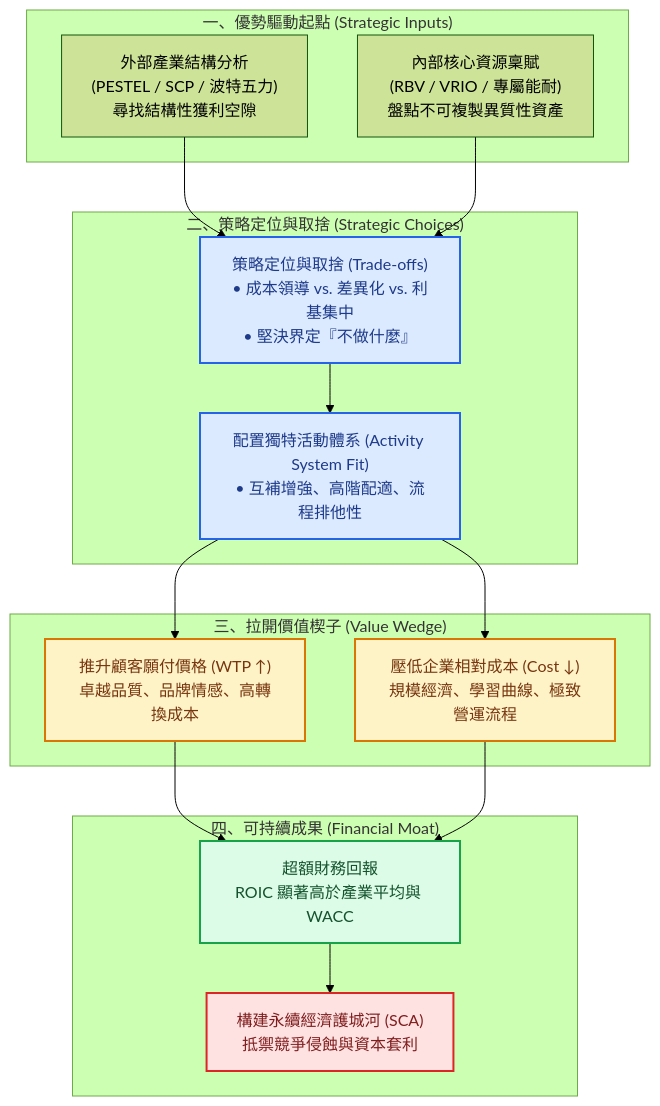
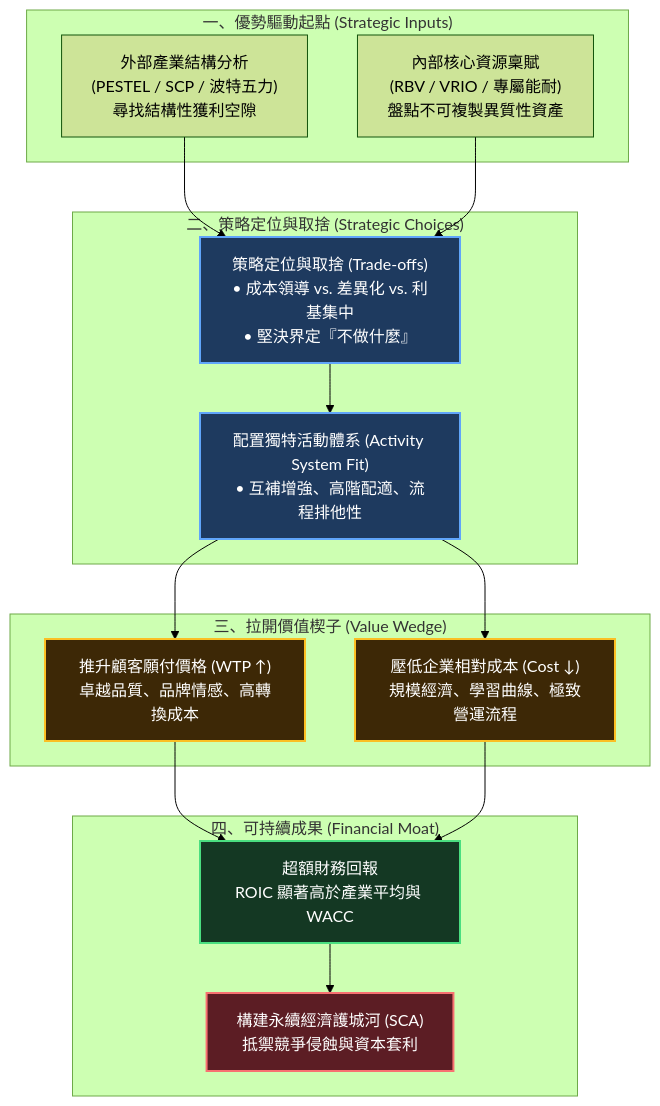
The second of 8 diagrams in src/site/notes/98_商業概念庫/competitive-advantage_競爭優勢.md (Jimlin0428/my-digital-garden), drawn with Mermaid (forest theme) before and after one commit. The commit also changed other lines of this file and 58 other files, not shown here.

````diff
--- a/src/site/notes/98_商業概念庫/competitive-advantage_競爭優勢.md
+++ b/src/site/notes/98_商業概念庫/competitive-advantage_競爭優勢.md
@@ -62,38 +62,38 @@
 ```mermaid
 flowchart TD
     subgraph Drivers ["一、優勢驅動起點 (Strategic Inputs)"]
         Ext["外部產業結構分析<br>(PESTEL / SCP / 波特五力)<br>尋找結構性獲利空隙"]
         Int["內部核心資源稟賦<br>(RBV / VRIO / 專屬能耐)<br>盤點不可複製異質性資產"]
     end
 
     subgraph Positioning ["二、策略定位與取捨 (Strategic Choices)"]
         Choice["策略定位與取捨 (Trade-offs)<br>• 成本領導 vs. 差異化 vs. 利基集中<br>• 堅決界定『不做什麼』"]
         Activity["配置獨特活動體系 (Activity System Fit)<br>• 互補增強、高階配適、流程排他性"]
     end
 
     subgraph Wedge ["三、拉開價值楔子 (Value Wedge)"]
         WTP["推升顧客願付價格 (WTP ↑)<br>卓越品質、品牌情感、高轉換成本"]
         Cost["壓低企業相對成本 (Cost ↓)<br>規模經濟、學習曲線、極致營運流程"]
     end
 
     subgraph SuperiorResult ["四、可持續成果 (Financial Moat)"]
         ROIC["超額財務回報<br>ROIC 顯著高於產業平均與 WACC"]
         Moat["構建永續經濟護城河 (SCA)<br>抵禦競爭侵蝕與資本套利"]
     end
 
     Ext --> Choice
     Int --> Choice
     Choice --> Activity
     Activity --> WTP
     Activity --> Cost
     WTP --> ROIC
     Cost --> ROIC
     ROIC --> Moat
 
-    style Choice fill:#dbeafe,stroke:#2563eb,stroke-width:2px,color:#1e3a8a
-    style Activity fill:#dbeafe,stroke:#2563eb,stroke-width:2px,color:#1e3a8a
-    style WTP fill:#fef3c7,stroke:#d97706,stroke-width:2px,color:#78350f
-    style Cost fill:#fef3c7,stroke:#d97706,stroke-width:2px,color:#78350f
-    style ROIC fill:#dcfce7,stroke:#16a34a,stroke-width:2px,color:#14532d
-    style Moat fill:#fee2e2,stroke:#dc2626,stroke-width:2px,color:#7f1d1d
+    style Choice fill:#1e3a5f,stroke:#60a5fa,stroke-width:2px,color:#ffffff
+    style Activity fill:#1e3a5f,stroke:#60a5fa,stroke-width:2px,color:#ffffff
+    style WTP fill:#3d2806,stroke:#fbbf24,stroke-width:2px,color:#ffffff
+    style Cost fill:#3d2806,stroke:#fbbf24,stroke-width:2px,color:#ffffff
+    style ROIC fill:#143823,stroke:#4ade80,stroke-width:2px,color:#ffffff
+    style Moat fill:#5c1d24,stroke:#f87171,stroke-width:2px,color:#ffffff
 ```
````
